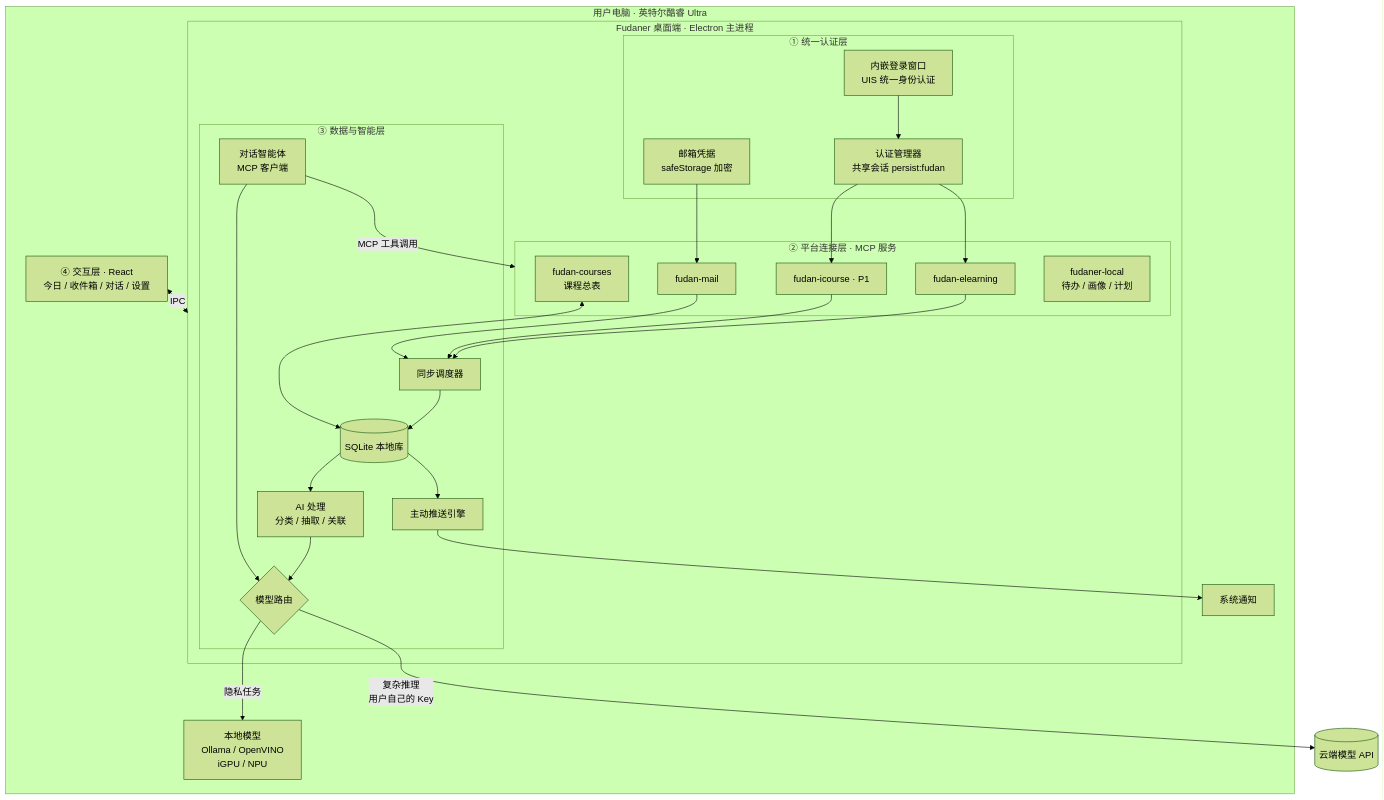
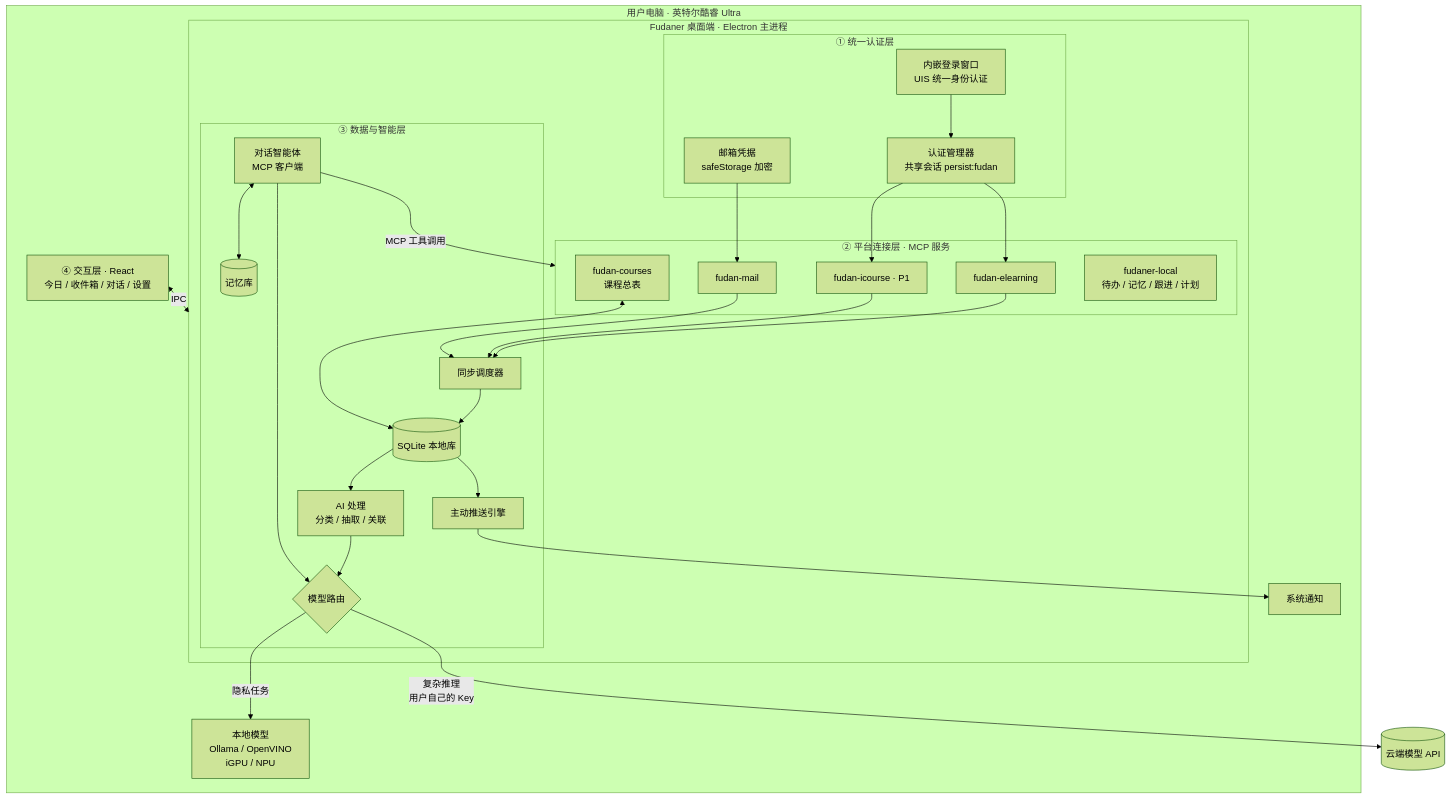
Before and after one commit to sjy0630/personal-assistant-fudaner: the diagram in docs/PRD.md, drawn with Mermaid (forest theme). The commit also changed other lines of this file and 1 other file, not shown here.

````diff
--- a/docs/PRD.md
+++ b/docs/PRD.md
@@ -331,41 +450,43 @@
 ```mermaid
 flowchart TB
   subgraph PC[用户电脑 · 英特尔酷睿 Ultra]
     subgraph App[Fudaner 桌面端 · Electron 主进程]
       subgraph L1[① 统一认证层]
         LW[内嵌登录窗口<br/>UIS 统一身份认证] --> AM[认证管理器<br/>共享会话 persist:fudan]
         MC[邮箱凭据<br/>safeStorage 加密]
       end
       subgraph L2[② 平台连接层 · MCP 服务]
         M1[fudan-elearning]
         M2[fudan-icourse · P1]
         M3[fudan-mail]
         M4[fudan-courses<br/>课程总表]
-        M5[fudaner-local<br/>待办 / 画像 / 计划]
+        M5[fudaner-local<br/>待办 / 记忆 / 跟进 / 计划]
       end
       AM --> M1
       AM --> M2
       MC --> M3
       subgraph L3[③ 数据与智能层]
         SCH[同步调度器] --> DB[(SQLite 本地库)]
         DB --> AI[AI 处理<br/>分类 / 抽取 / 关联]
         AG[对话智能体<br/>MCP 客户端]
+        MEM[(记忆库)]
+        AG <--> MEM
         PE[主动推送引擎]
         RT{模型路由}
         AI --> RT
         AG --> RT
         DB --> PE
       end
       M1 --> SCH
       M2 --> SCH
       M3 --> SCH
       M4 <--> DB
       AG -->|MCP 工具调用| L2
     end
     UI[④ 交互层 · React<br/>今日 / 收件箱 / 对话 / 设置] <-->|IPC| App
     PE --> NT[系统通知]
     LOCAL[本地模型<br/>Ollama / OpenVINO<br/>iGPU / NPU]
   end
   RT -->|隐私任务| LOCAL
   RT -->|复杂推理<br/>用户自己的 Key| CLOUD[(云端模型 API)]
 ```
````
